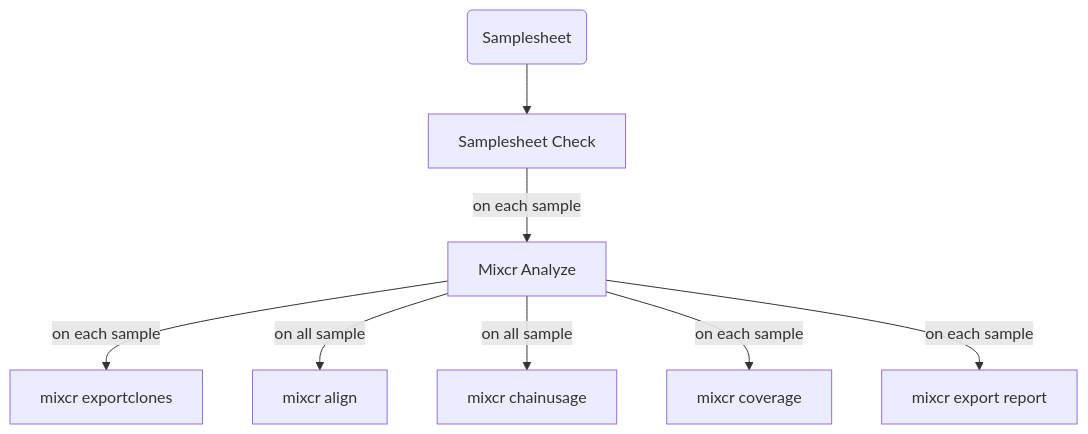
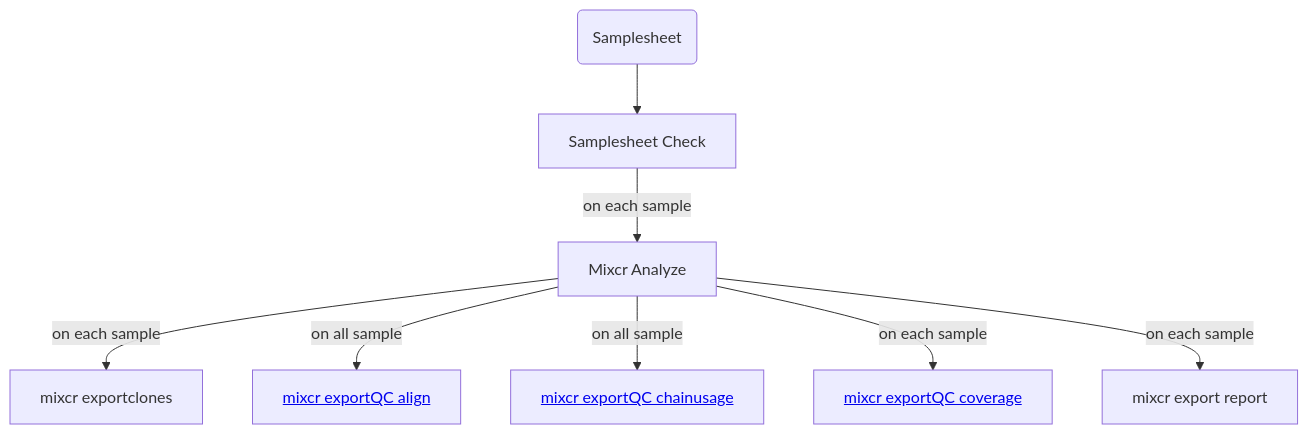
The diagram in README.md (sguizard/nf-mixcr), drawn with Mermaid before and after one commit. The commit also changed other lines of this file, not shown here.

````diff
--- a/README.md
+++ b/README.md
@@ -8,10 +8,10 @@
 ```mermaid
 flowchart TD
     A(Samplesheet) --> B[Mixcr Analyze]
     B[Samplesheet Check] -->|on each sample| C[Mixcr Analyze]
     C -->|on each sample| D[mixcr exportclones]
-    C -->|on all sample| E[mixcr align]
-    C -->|on all sample| F[mixcr chainusage]
-    C -->|on each sample| G[mixcr coverage]
+    C -->|on all sample| E[<a href="https://mixcr.com/mixcr/reference/mixcr-exportQc">mixcr exportQC align</a>]
+    C -->|on all sample| F[<a href="https://mixcr.com/mixcr/reference/mixcr-exportQc">mixcr exportQC chainusage</a>]
+    C -->|on each sample| G[<a href="https://mixcr.com/mixcr/reference/mixcr-exportQc">mixcr exportQC coverage</a>]
     C -->|on each sample| H[mixcr export report]
 ```
````
